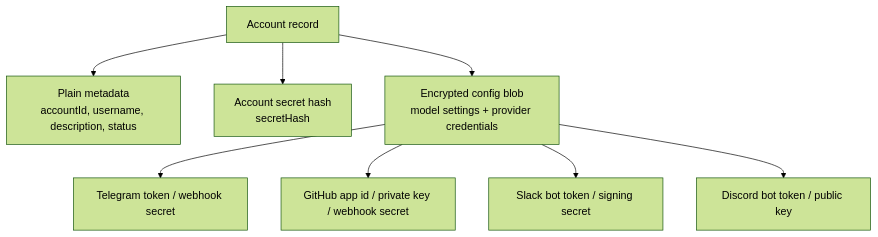
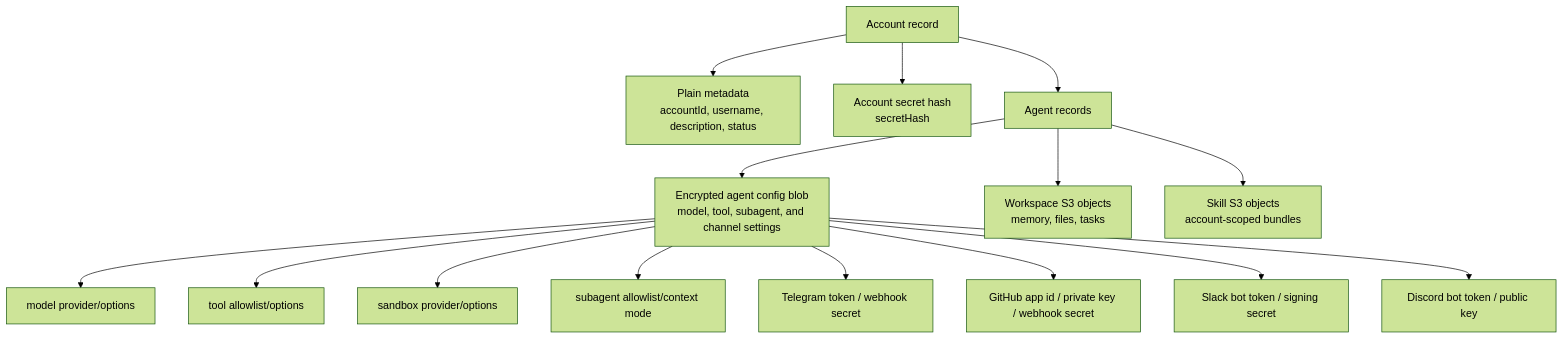
Before and after one commit to beeblastco/filthy-panty: the first of 2 diagrams in docs/data-security.md, drawn with Mermaid (forest theme). The commit also changed other lines of this file and 187 other files, not shown here.

````diff
--- a/docs/data-security.md
+++ b/docs/data-security.md
@@ -7,11 +7,18 @@
 ```mermaid
 flowchart TD
   Account["Account record"] --> Meta["Plain metadata<br/>accountId, username, description, status"]
   Account --> Hash["Account secret hash<br/>secretHash"]
-  Account --> Config["Encrypted config blob<br/>model settings + provider credentials"]
+  Account --> Agent["Agent records"]
+  Agent --> Config["Encrypted agent config blob<br/>model, tool, subagent, and channel settings"]
+  Agent --> Workspace["Workspace S3 objects<br/>memory, files, tasks"]
+  Agent --> Skills["Skill S3 objects<br/>account-scoped bundles"]
 
+  Config --> Model["model provider/options"]
+  Config --> Tools["tool allowlist/options"]
+  Config --> Sandbox["sandbox provider/options"]
+  Config --> Subagents["subagent allowlist/context mode"]
   Config --> Telegram["Telegram token / webhook secret"]
   Config --> GitHub["GitHub app id / private key / webhook secret"]
   Config --> Slack["Slack bot token / signing secret"]
   Config --> Discord["Discord bot token / public key"]
 ```
````
